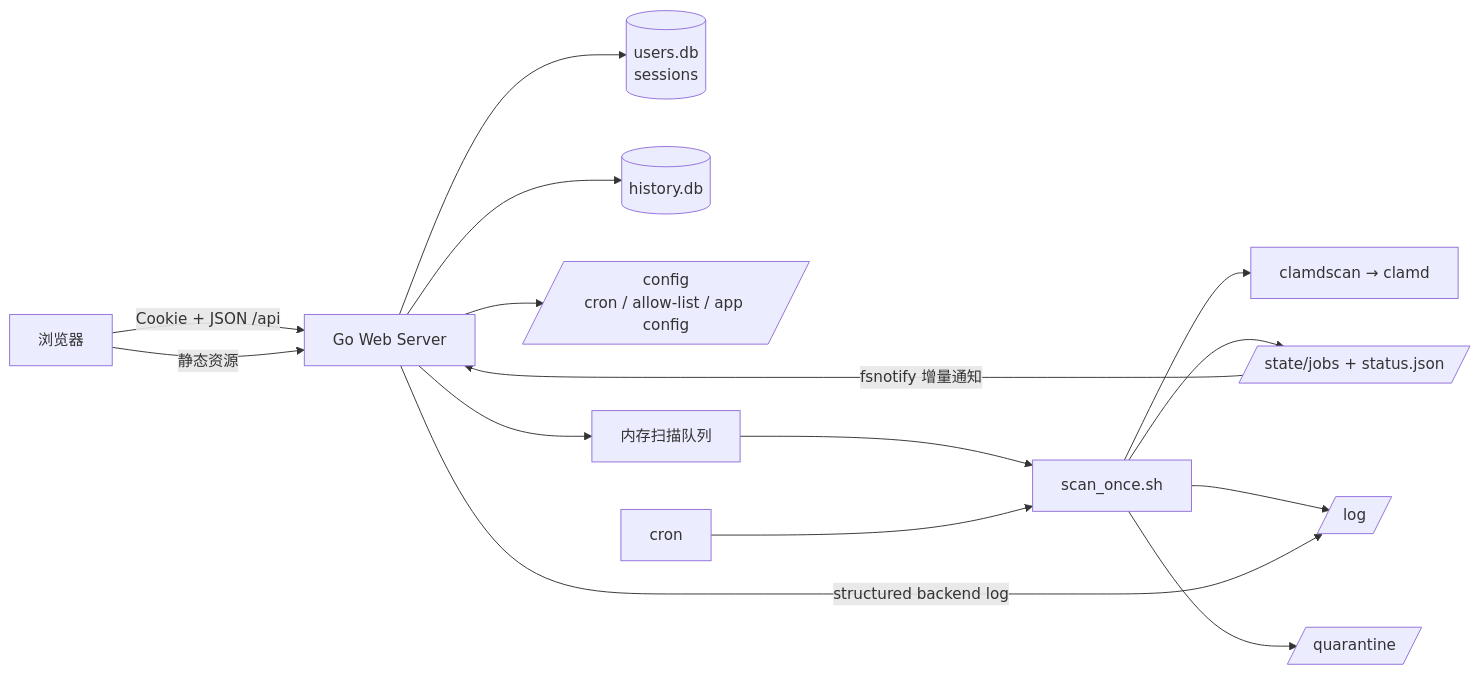
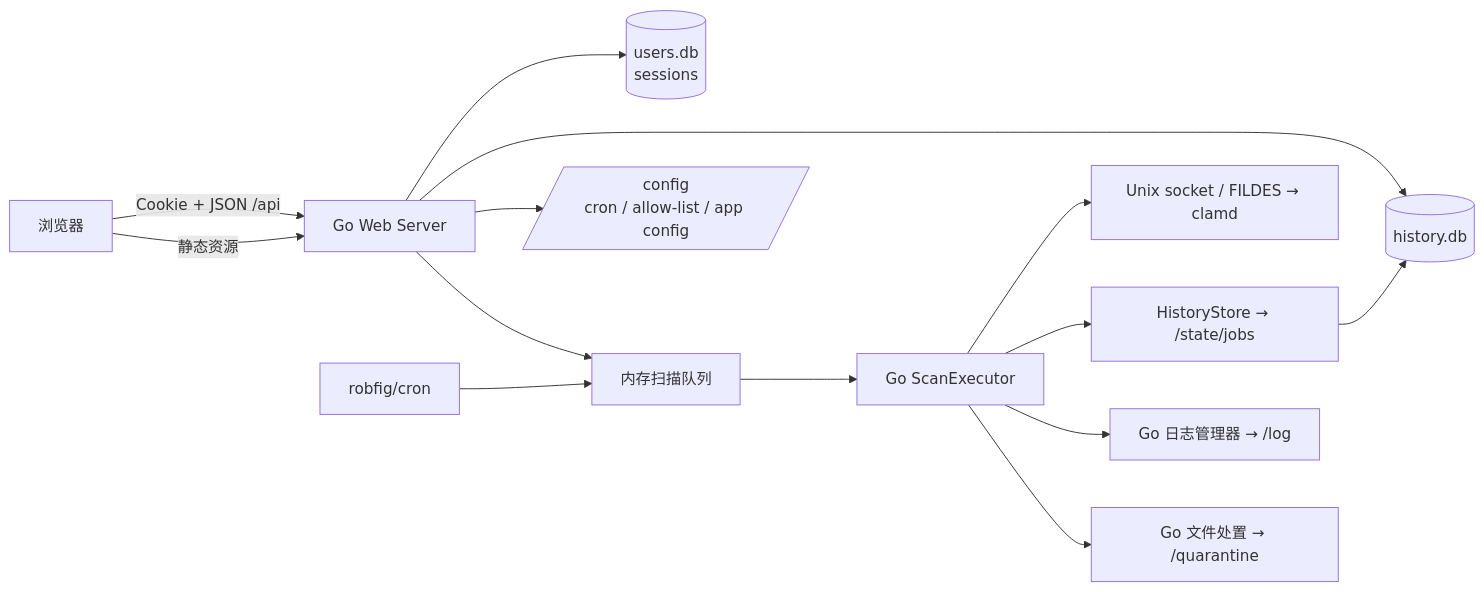
One commit to DrJason33564/ClamAV-Web changed the diagram in DEV.md. Above: the diagram before and after it, drawn with Mermaid. The commit also changed other lines of this file and 40 other files, not shown here.

````diff
--- a/DEV.md
+++ b/DEV.md
@@ -19,17 +19,16 @@
 ```mermaid
 flowchart LR
   B[浏览器] -->|Cookie + JSON /api| W[Go Web Server]
   B -->|静态资源| W
   W --> U[(users.db\nsessions)]
   W --> H[(history.db)]
   W --> C[/config\ncron / allow-list / app config/]
   W --> Q[内存扫描队列]
-  Q --> S[scan_once.sh]
-  R[cron] --> S
-  S --> D[clamdscan → clamd]
-  S --> T[/state/jobs + status.json/]
-  T -->|fsnotify 增量通知| W
-  S --> L[/log/]
-  W -->|structured backend log| L
-  S --> Z[/quarantine/]
+  R[robfig/cron] --> Q
+  Q --> S[Go ScanExecutor]
+  S --> D[Unix socket / FILDES → clamd]
+  S --> T[HistoryStore → /state/jobs]
+  T --> H
+  S --> L[Go 日志管理器 → /log]
+  S --> Z[Go 文件处置 → /quarantine]
 ```
````
